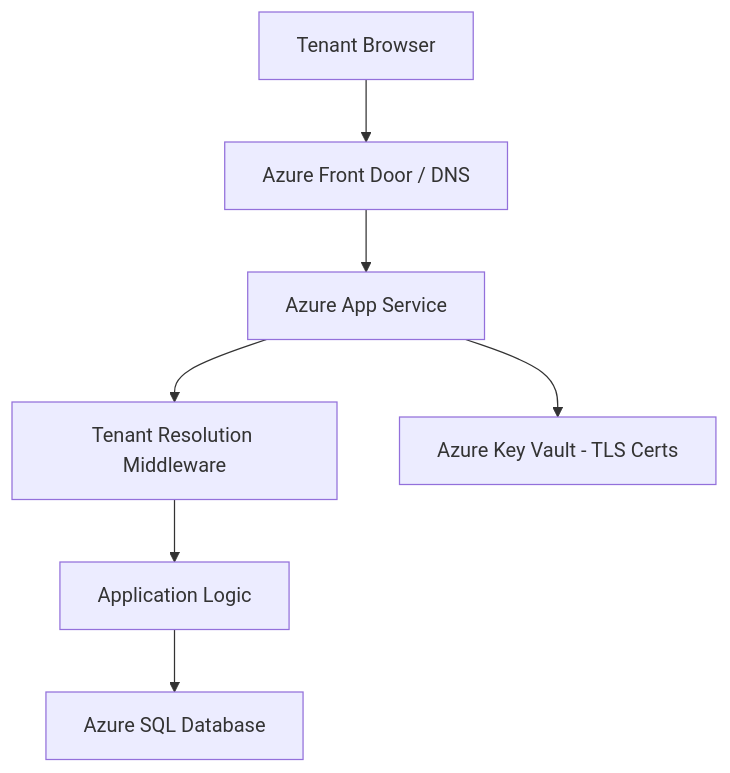
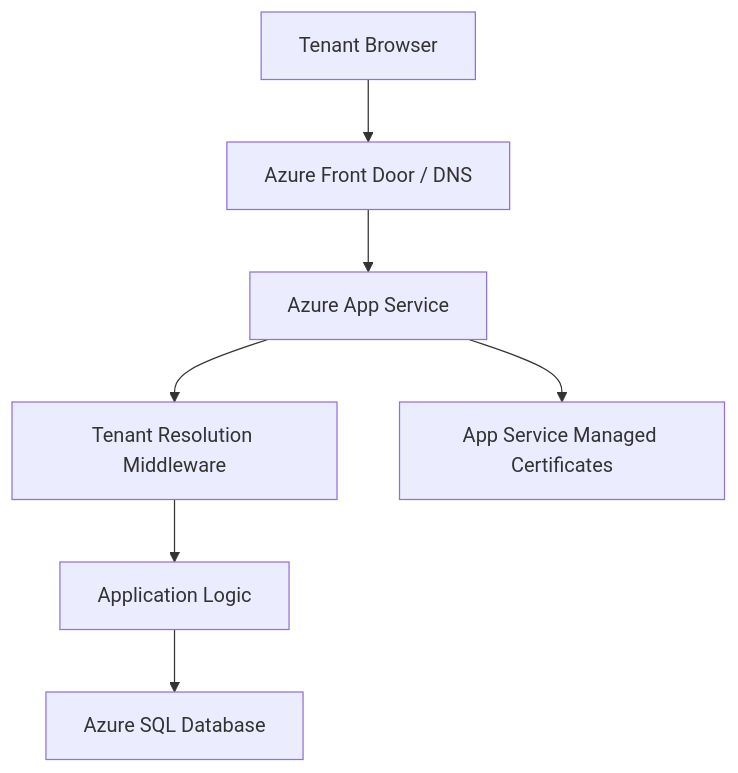
The first of 2 diagrams in posts/2026-02-16-how-to-build-a-multi-tenant-saas-application-with-azure-app-service-and-tenant-specific-custom-domains/README.md (OneUptime/blog), drawn with Mermaid before and after one commit. The commit also changed other lines of this file and 2 other files, not shown here.

Commit message:
validate: 2026-02-16-how-to-build-a-multi-tenant-saas-application-with-azure-app-service-and-tenant-specific-custom-domains

````diff
--- a/posts/2026-02-16-how-to-build-a-multi-tenant-saas-application-with-azure-app-service-and-tenant-specific-custom-domains/README.md
+++ b/posts/2026-02-16-how-to-build-a-multi-tenant-saas-application-with-azure-app-service-and-tenant-specific-custom-domains/README.md
@@ -19,9 +19,9 @@
 ```mermaid
 graph TD
     A[Tenant Browser] --> B[Azure Front Door / DNS]
     B --> C[Azure App Service]
     C --> D[Tenant Resolution Middleware]
     D --> E[Application Logic]
     E --> F[Azure SQL Database]
-    C --> G[Azure Key Vault - TLS Certs]
+    C --> G[App Service Managed Certificates]
 ```
````
